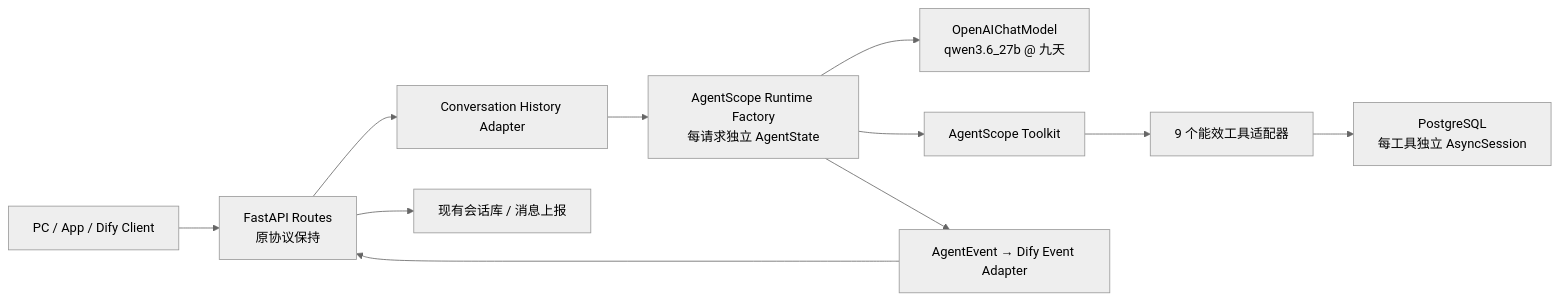
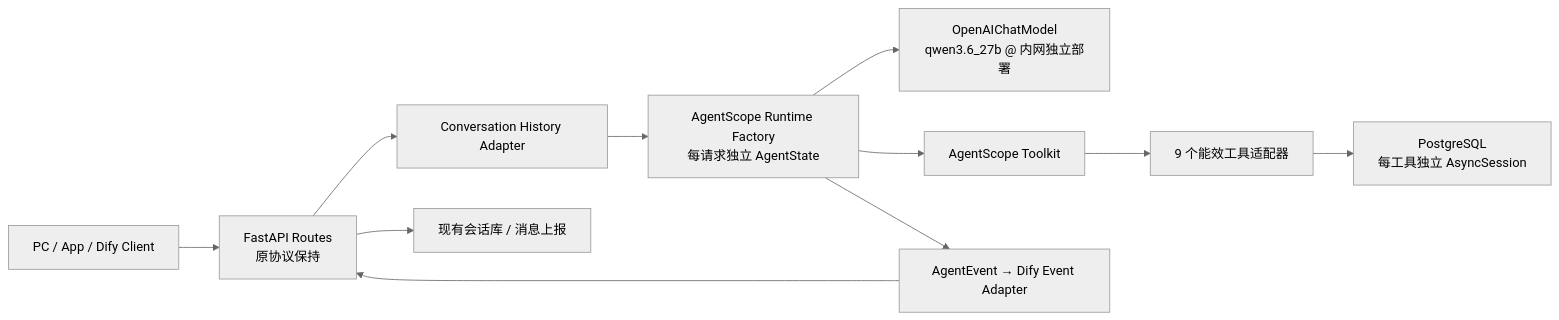
One commit to happyTwogether/energy_agent_v2 changed the diagram in docs/superpowers/specs/2026-08-10-agentscope-full-migration-design.md. Above: the diagram before and after it, drawn with Mermaid (neutral theme). The commit also changed other lines of this file, not shown here.

````diff
--- a/docs/superpowers/specs/2026-08-10-agentscope-full-migration-design.md
+++ b/docs/superpowers/specs/2026-08-10-agentscope-full-migration-design.md
@@ -64,13 +65,13 @@
 ```mermaid
 flowchart LR
     C["PC / App / Dify Client"] --> API["FastAPI Routes\n原协议保持"]
     API --> H["Conversation History Adapter"]
     H --> RT["AgentScope Runtime Factory\n每请求独立 AgentState"]
-    RT --> M["OpenAIChatModel\nqwen3.6_27b @ 九天"]
+    RT --> M["OpenAIChatModel\nqwen3.6_27b @ 内网独立部署"]
     RT --> TK["AgentScope Toolkit"]
     TK --> T["9 个能效工具适配器"]
     T --> DB["PostgreSQL\n每工具独立 AsyncSession"]
     RT --> EV["AgentEvent → Dify Event Adapter"]
     EV --> API
     API --> CS["现有会话库 / 消息上报"]
 ```
````
